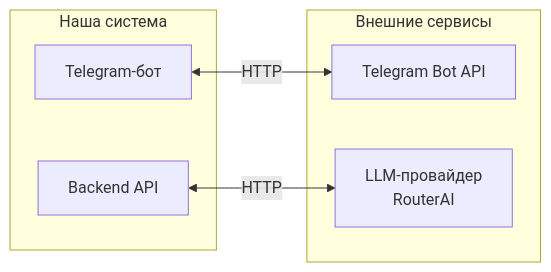
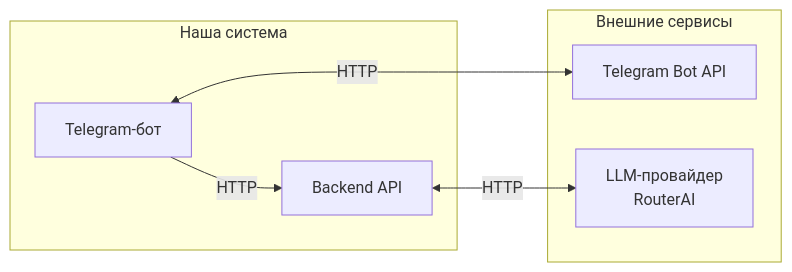
Before and after one commit to alfa24/mbt_booking_agent: the diagram in docs/integrations.md, drawn with Mermaid. The commit also changed other lines of this file and 14 other files, not shown here.

First line of the commit message:
Task 07: Refactor bot to use backend API via HTTP client

````diff
--- a/docs/integrations.md
+++ b/docs/integrations.md
@@ -5,15 +5,16 @@
 ```mermaid
 flowchart LR
     subgraph Наша система
         BOT[Telegram-бот]
         BACK[Backend API]
     end
 
     subgraph Внешние сервисы
         TG_API[Telegram Bot API]
         LLM[LLM-провайдер<br/>RouterAI]
     end
 
     BOT <-->|HTTP| TG_API
+    BOT -->|HTTP| BACK
     BACK <-->|HTTP| LLM
 ```
````
